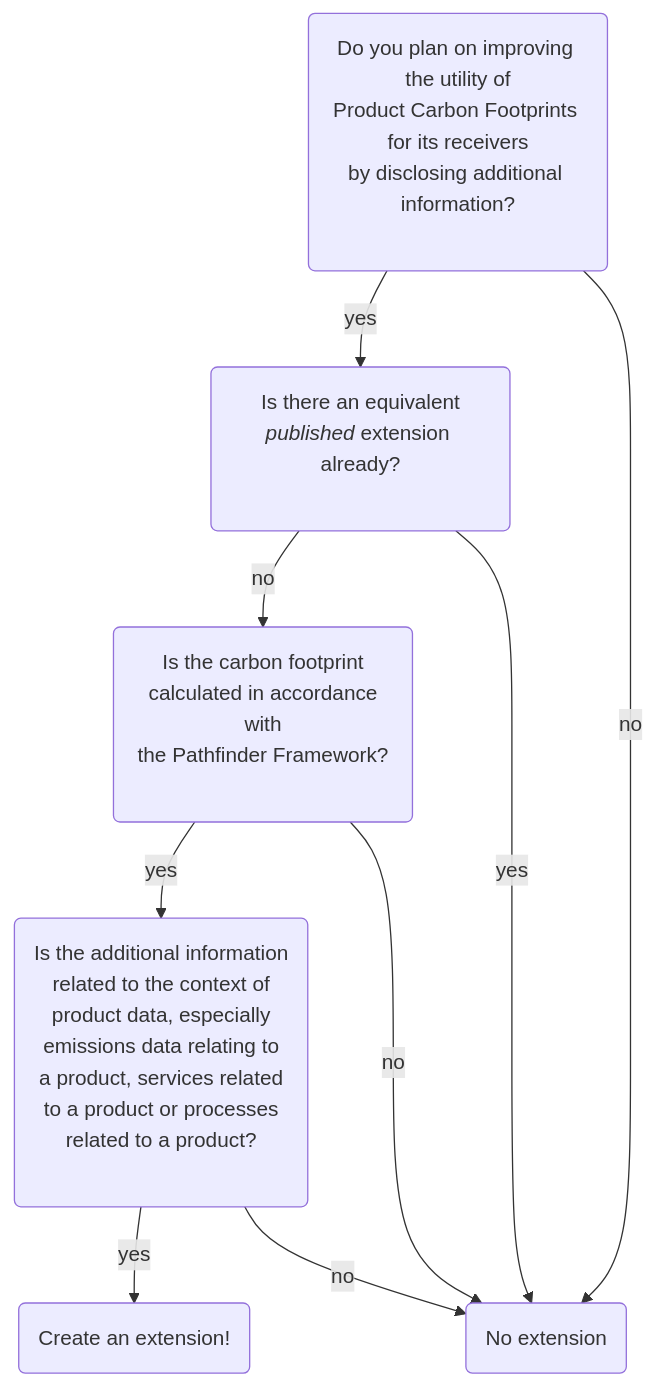
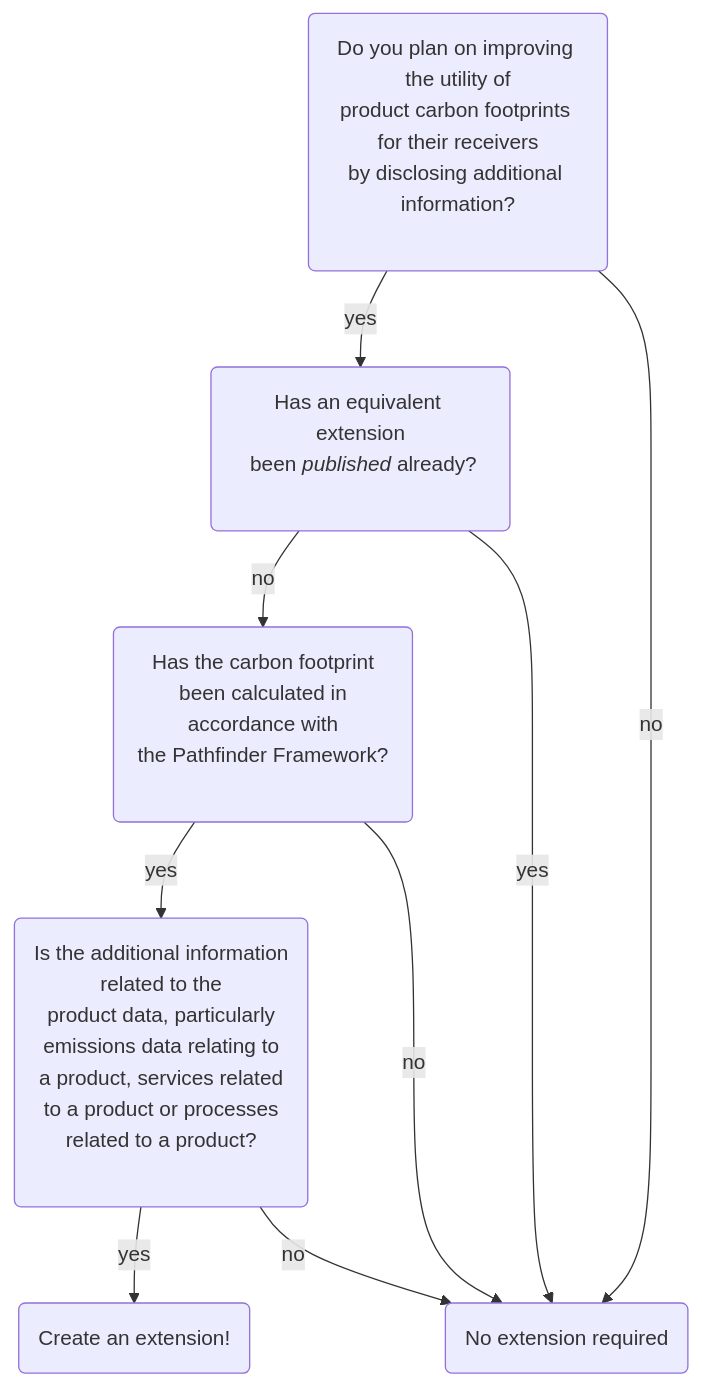
One commit to wbcsd/data-model-extensions changed the diagram in guidance/diagrams/decision-tree-1.mmd. Above: the diagram before and after it, drawn with Mermaid. The commit also changed 2 other files, not shown here.

```diff
--- a/guidance/diagrams/decision-tree-1.mmd
+++ b/guidance/diagrams/decision-tree-1.mmd
@@ -1,19 +1,19 @@
 flowchart TB
-	End(No extension)
+	End(No extension required)
 	Yes(Create an extension!)
 
-	S1(Do you plan on improving the utility of<br/>Product Carbon Footprints for its receivers<br/>by disclosing additional information?<br/> <br/>)
+	S1(Do you plan on improving the utility of<br/>product carbon footprints for their receivers<br/>by disclosing additional information?<br/> <br/>)
 	S1 -- yes --> S4
 	S1 -- no --> End
 	
-	S4(Is there an equivalent<br/><i>published</i> extension already?<br/> <br/>)
+	S4(Has an equivalent extension<br/> been <i>published</i> already?<br/> <br/>)
 	S4 -- no --> S2
 	S4-- yes --> End
 
-	S2(Is the carbon footprint<br/> calculated in accordance with<br/>the Pathfinder Framework?<br/> <br/>)
+	S2(Has the carbon footprint<br/> been calculated in accordance with<br/>the Pathfinder Framework?<br/> <br/>)
 	S2 -- yes --> S3
 	S2 -- no --> End
 
-    S3(Is the additional information<br>related to the context of<br>product data, especially<br>emissions data relating to<br/> a product, services related<br/> to a product or processes<br/> related to a product?<br/> <br/>)
+    S3(Is the additional information<br>related to the<br>product data, particularly<br>emissions data relating to<br/> a product, services related<br/> to a product or processes<br/> related to a product?<br/> <br/>)
 	S3 -- yes --> Yes
 	S3 -- no --> End
```
